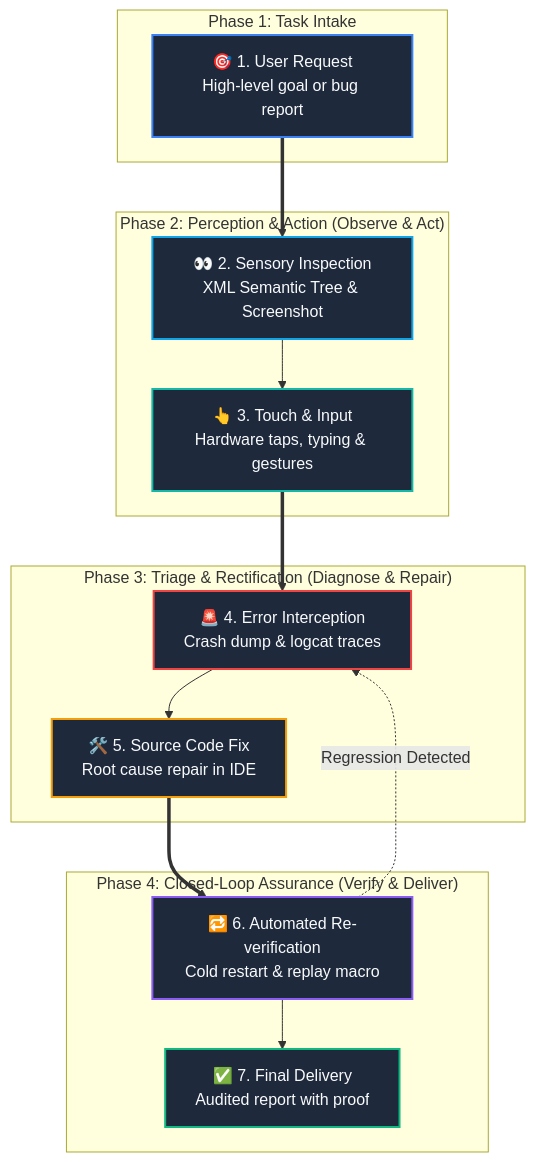
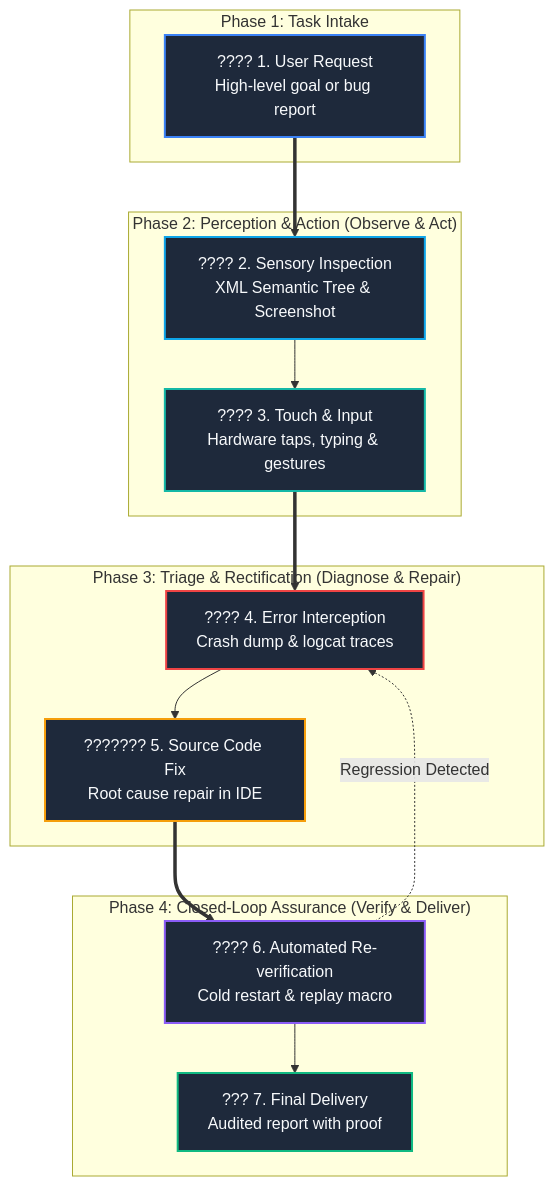
One commit to az-coder-123/azdroid changed the first of 3 diagrams in README.md. Above: the diagram before and after it, drawn with Mermaid. The commit also changed other lines of this file and 2 other files, not shown here.

````diff
--- a/README.md
+++ b/README.md
@@ -130,39 +130,39 @@
 ```mermaid
 flowchart TD
     subgraph P1 ["Phase 1: Task Intake"]
-        A["🎯 1. User Request\nHigh-level goal or bug report"]
+        A["???? 1. User Request\nHigh-level goal or bug report"]
     end
 
     subgraph P2 ["Phase 2: Perception & Action (Observe & Act)"]
-        B["👀 2. Sensory Inspection\nXML Semantic Tree & Screenshot"]
-        C["👆 3. Touch & Input\nHardware taps, typing & gestures"]
+        B["???? 2. Sensory Inspection\nXML Semantic Tree & Screenshot"]
+        C["???? 3. Touch & Input\nHardware taps, typing & gestures"]
         B --> C
     end
 
     subgraph P3 ["Phase 3: Triage & Rectification (Diagnose & Repair)"]
-        D["🚨 4. Error Interception\nCrash dump & logcat traces"]
-        E["🛠️ 5. Source Code Fix\nRoot cause repair in IDE"]
+        D["???? 4. Error Interception\nCrash dump & logcat traces"]
+        E["??????? 5. Source Code Fix\nRoot cause repair in IDE"]
         D --> E
     end
 
     subgraph P4 ["Phase 4: Closed-Loop Assurance (Verify & Deliver)"]
-        F["🔁 6. Automated Re-verification\nCold restart & replay macro"]
-        G["✅ 7. Final Delivery\nAudited report with proof"]
+        F["???? 6. Automated Re-verification\nCold restart & replay macro"]
+        G["??? 7. Final Delivery\nAudited report with proof"]
         F --> G
     end
 
     A ==> B
     C ==> D
     E ==> F
     F -.->|Regression Detected| D
 
     classDef stage fill:#1E293B,stroke:#475569,stroke-width:1.5px,color:#F8FAFC;
     class A,B,C,D,E,F,G stage;
     style A stroke:#3B82F6,stroke-width:2px
     style B stroke:#0EA5E9,stroke-width:2px
     style C stroke:#14B8A6,stroke-width:2px
     style D stroke:#EF4444,stroke-width:2px
     style E stroke:#F59E0B,stroke-width:2px
     style F stroke:#8B5CF6,stroke-width:2px
     style G stroke:#10B981,stroke-width:2px
 ```
````
